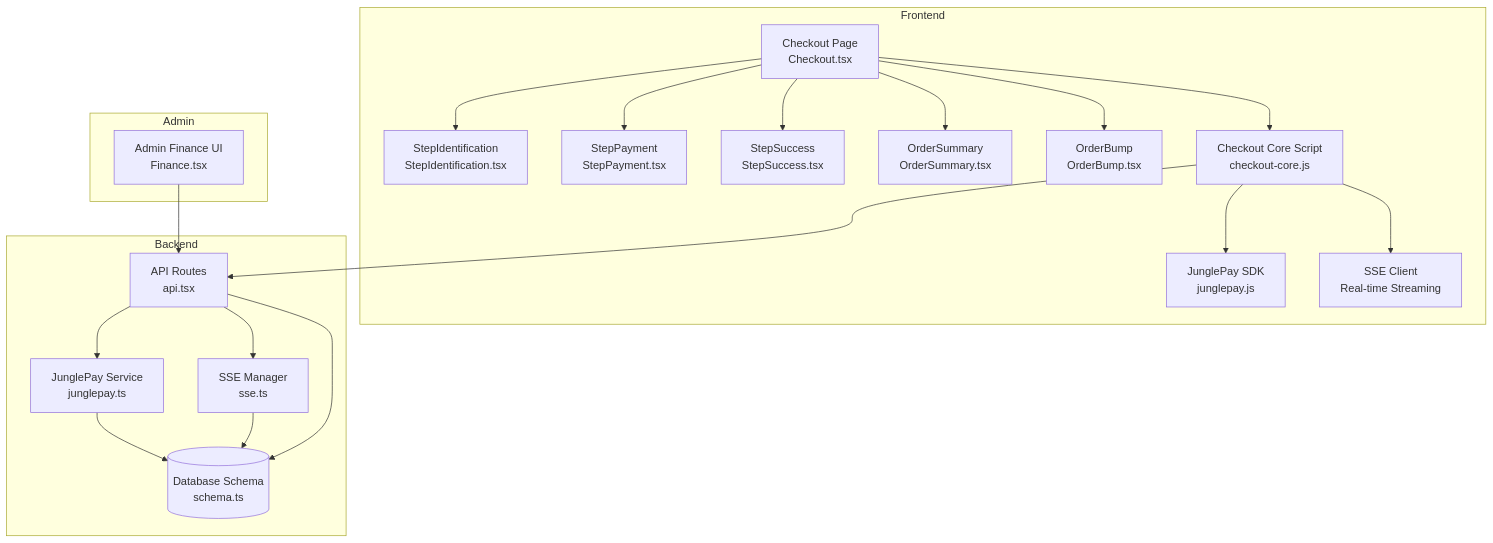
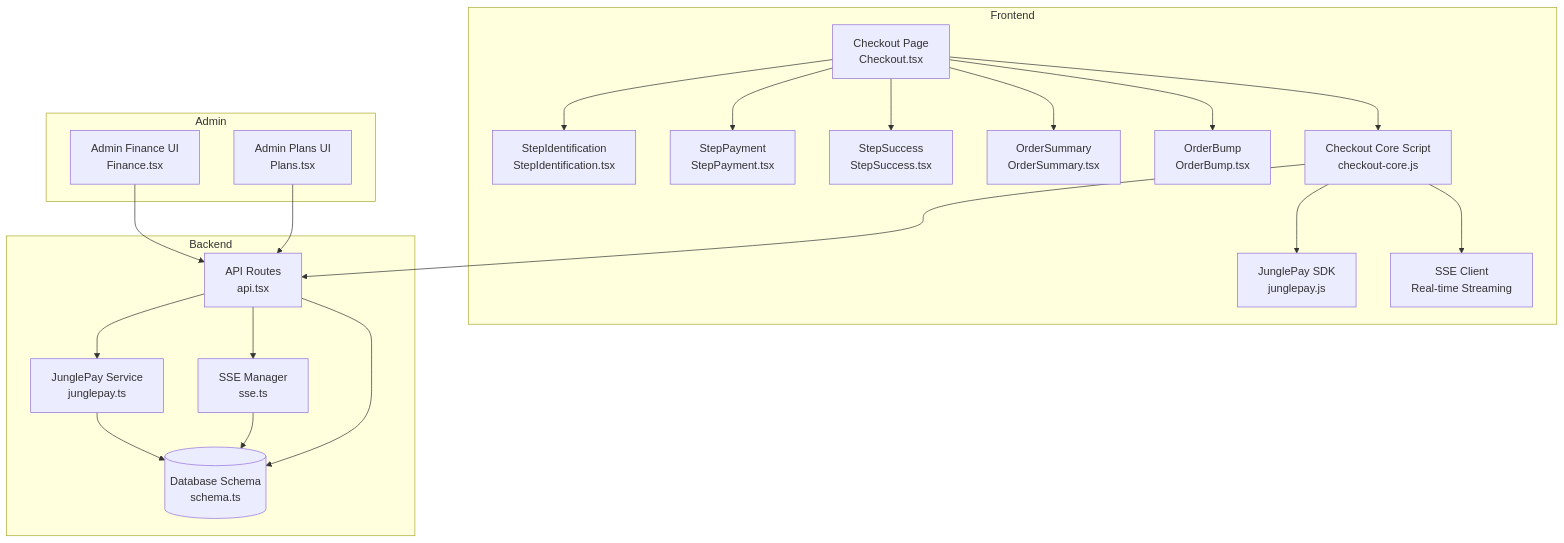
One commit to eromedrive2tb-gif/Avitrine changed the first of 16 diagrams in .qoder/repowiki/en/content/Page Components/Checkout Flow.md. Above: the diagram before and after it, drawn with Mermaid. The commit also changed other lines of this file and 18 other files, not shown here.

````diff
--- a/.qoder/repowiki/en/content/Page Components/Checkout Flow.md
+++ b/.qoder/repowiki/en/content/Page Components/Checkout Flow.md
@@ -50,38 +51,40 @@
 ```mermaid
 graph TB
 subgraph "Frontend"
 CP["Checkout Page<br/>Checkout.tsx"]
 SI["StepIdentification<br/>StepIdentification.tsx"]
 SP["StepPayment<br/>StepPayment.tsx"]
 SS["StepSuccess<br/>StepSuccess.tsx"]
 OS["OrderSummary<br/>OrderSummary.tsx"]
 OB["OrderBump<br/>OrderBump.tsx"]
 JS["Checkout Core Script<br/>checkout-core.js"]
 JPSDK["JunglePay SDK<br/>junglepay.js"]
 SSE["SSE Client<br/>Real-time Streaming"]
 end
 subgraph "Backend"
 API["API Routes<br/>api.tsx"]
 JPS["JunglePay Service<br/>junglepay.ts"]
 SSEMAN["SSE Manager<br/>sse.ts"]
 DB[("Database Schema<br/>schema.ts")]
 end
 subgraph "Admin"
 FIN["Admin Finance UI<br/>Finance.tsx"]
+PLANS["Admin Plans UI<br/>Plans.tsx"]
 end
 CP --> SI
 CP --> SP
 CP --> SS
 CP --> OS
 CP --> OB
 CP --> JS
 JS --> JPSDK
 JS --> SSE
 JS --> API
 API --> JPS
 API --> SSEMAN
 JPS --> DB
 SSEMAN --> DB
 API --> DB
 FIN --> API
+PLANS --> API
 ```
````
